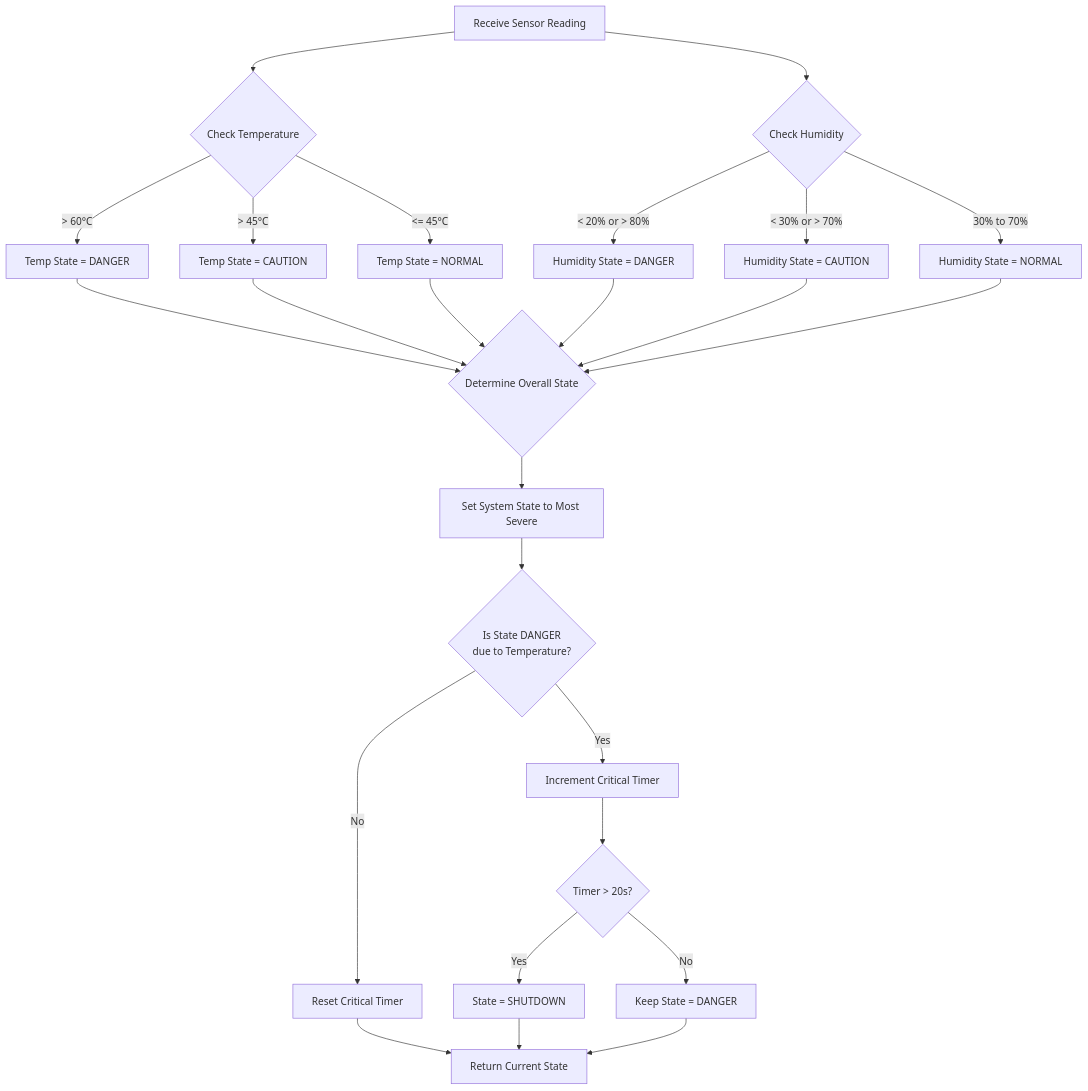
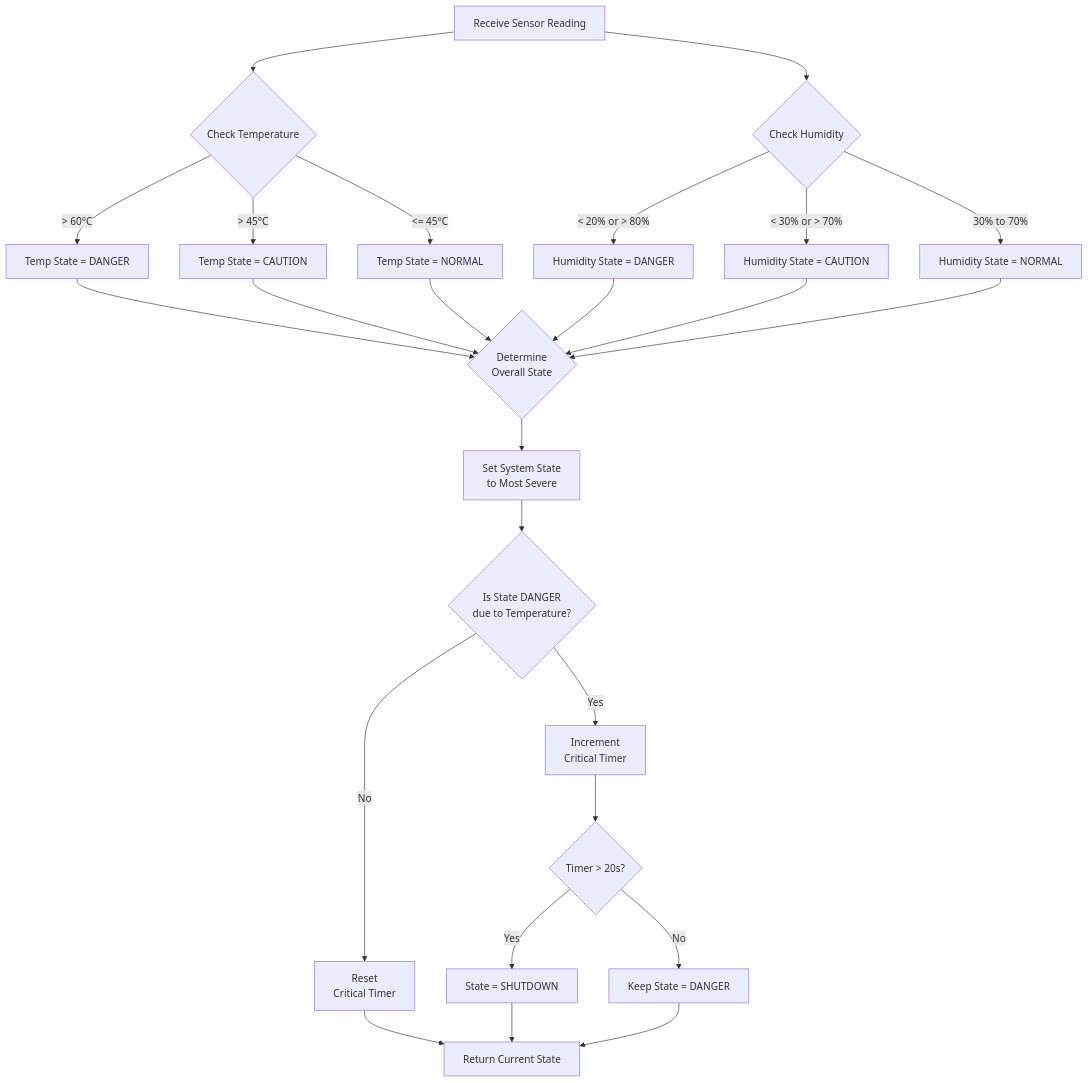
Before and after one commit to Oshadha345/server-sentinel-c: the fourth of 4 diagrams in docs/flowchart.md, drawn with Mermaid. The commit also changed other lines of this file, not shown here.

First line of the commit message:
Enhance flowchart docs with improved formatting and clarity

````diff
--- a/docs/flowchart.md
+++ b/docs/flowchart.md
@@ -84,33 +88,33 @@
 ```mermaid
 graph TD
     A4[Receive Sensor Reading] --> B4{Check Temperature}
     B4 -- > 60°C --> C4[Temp State = DANGER]
     B4 -- > 45°C --> D4[Temp State = CAUTION]
     B4 -- <= 45°C --> E4[Temp State = NORMAL]
     
     A4 --> F4{Check Humidity}
-    F4 -- < 20% or > 80% --> G4[Humidity State = DANGER]
-    F4 -- < 30% or > 70% --> H4[Humidity State = CAUTION]
-    F4 -- 30% to 70% --> I4[Humidity State = NORMAL]
+    F4 -- "< 20% or > 80%" --> G4[Humidity State = DANGER]
+    F4 -- "< 30% or > 70%" --> H4[Humidity State = CAUTION]
+    F4 -- "30% to 70%" --> I4[Humidity State = NORMAL]
     
-    C4 --> J4{Determine Overall State}
+    C4 --> J4{Determine<br>Overall State}
     D4 --> J4
     E4 --> J4
     G4 --> J4
     H4 --> J4
     I4 --> J4
     
-    J4 --> K4[Set System State to Most Severe]
+    J4 --> K4[Set System State<br>to Most Severe]
     
     K4 --> L4{Is State DANGER<br>due to Temperature?}
-    L4 -- Yes --> M4[Increment Critical Timer]
-    L4 -- No --> N4[Reset Critical Timer]
+    L4 -- Yes --> M4[Increment<br>Critical Timer]
+    L4 -- No --> N4[Reset<br>Critical Timer]
     
     M4 --> O4{Timer > 20s?}
     O4 -- Yes --> P4[State = SHUTDOWN]
     O4 -- No --> Q4[Keep State = DANGER]
     
     N4 --> R4[Return Current State]
     P4 --> R4
     Q4 --> R4
 ```
````
